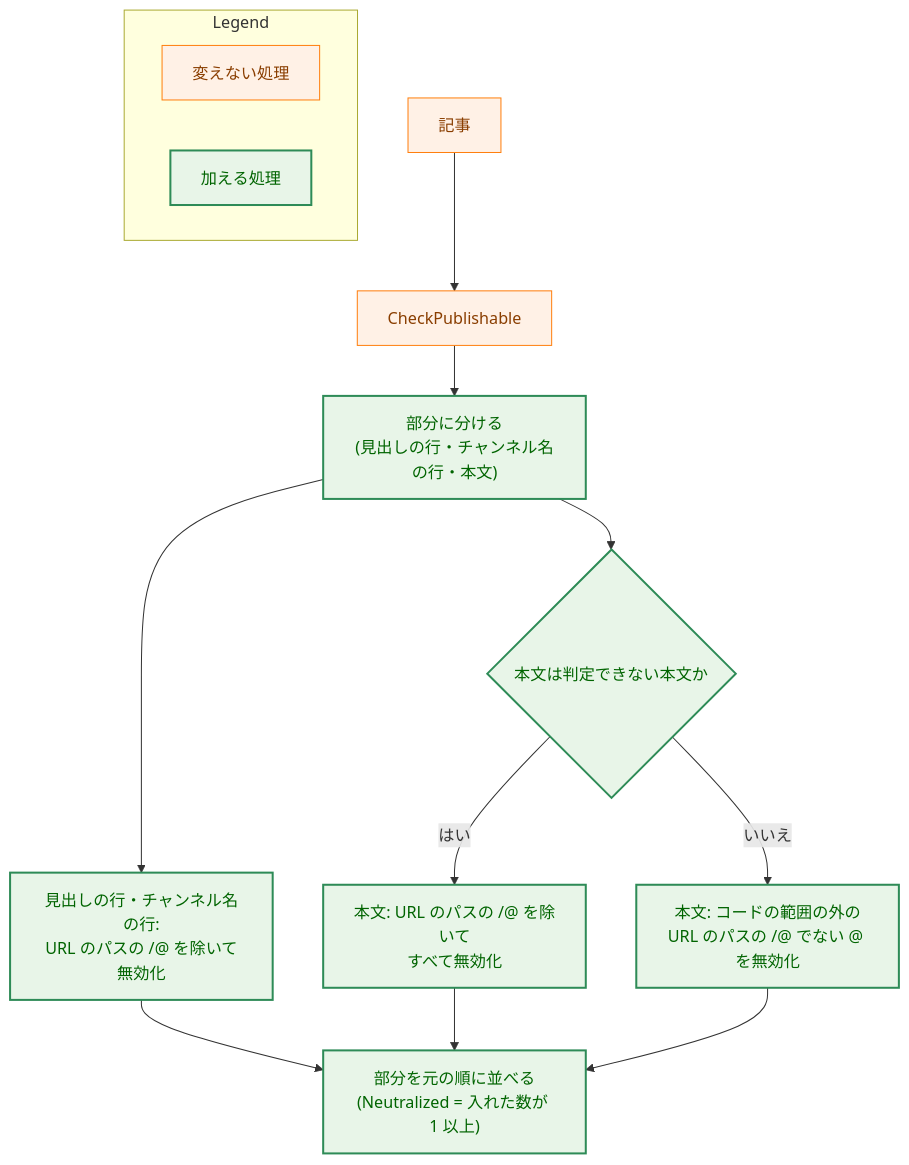
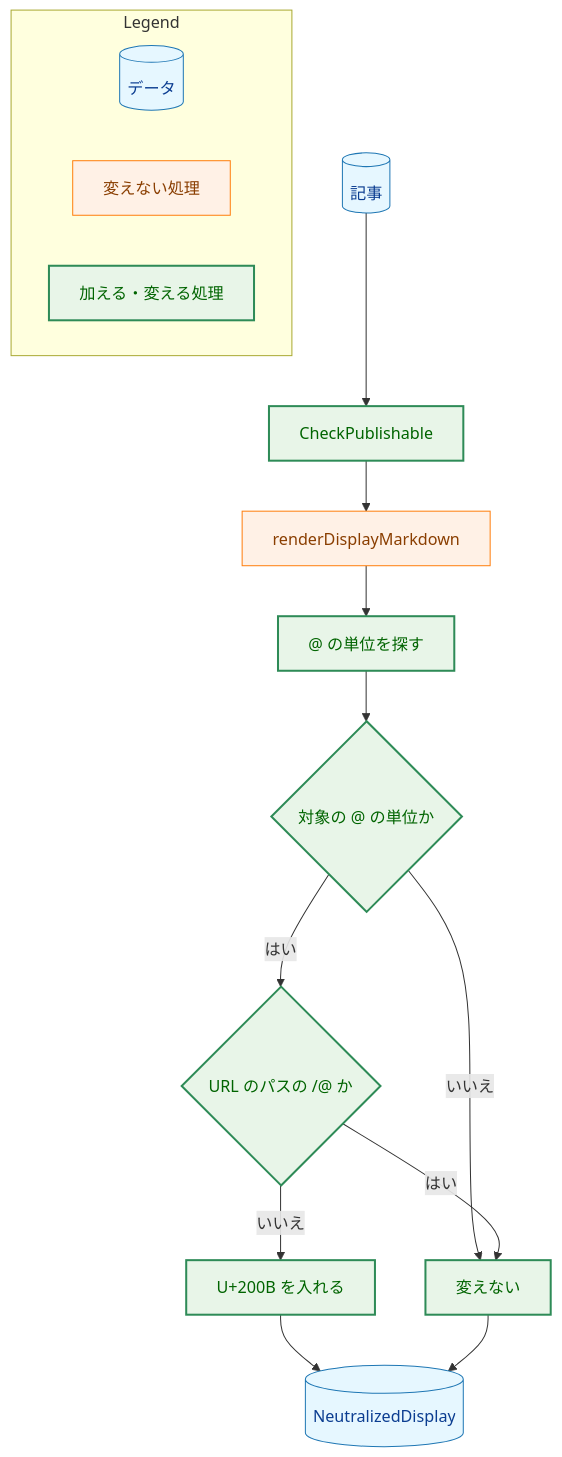
Before and after one commit to isseis/yt2column: the fifth of 6 diagrams in docs/tasks/0083_remove_slack_webhook/02_architecture.md, drawn with Mermaid. The commit also changed other lines of this file and 3 other files, not shown here.

First line of the commit message:
docs(0083): revise the architecture after the engineering and prose reviews

````diff
--- a/docs/tasks/0083_remove_slack_webhook/02_architecture.md
+++ b/docs/tasks/0083_remove_slack_webhook/02_architecture.md
@@ -448,30 +485,37 @@
 ```mermaid
 flowchart TD
+    classDef data fill:#e6f7ff,stroke:#1f77b4,stroke-width:1px,color:#0b3d91;
     classDef process fill:#fff1e6,stroke:#ff7f0e,stroke-width:1px,color:#8a3e00;
     classDef enhanced fill:#e8f5e8,stroke:#2e8b57,stroke-width:2px,color:#006400;
 
-    START["記事"]
+    START[("記事")]
     CHECK["CheckPublishable"]
-    PARTS["部分に分ける<br>(見出しの行・チャンネル名の行・本文)"]
-    JUDGE{"本文は判定できない本文か"}
-    HEAD["見出しの行・チャンネル名の行:<br>URL のパスの /@ を除いて無効化"]
-    BODYALL["本文: URL のパスの /@ を除いて<br>すべて無効化"]
-    BODYPROSE["本文: コードの範囲の外の<br>URL のパスの /@ でない @ を無効化"]
-    JOIN["部分を元の順に並べる<br>(Neutralized = 入れた数が 1 以上)"]
+    RENDER["renderDisplayMarkdown"]
+    UNITS["@ の単位を探す"]
+    TARGET{"対象の @ の単位か"}
+    URLP{"URL のパスの /@ か"}
+    INSERT["U+200B を入れる"]
+    KEEP["変えない"]
+    DONE[("NeutralizedDisplay")]
 
-    START --> CHECK --> PARTS
-    PARTS --> HEAD --> JOIN
-    PARTS --> JUDGE
-    JUDGE -->|"はい"| BODYALL --> JOIN
-    JUDGE -->|"いいえ"| BODYPROSE --> JOIN
+    START --> CHECK --> RENDER --> UNITS --> TARGET
+    TARGET -->|"はい"| URLP
+    TARGET -->|"いいえ"| KEEP
+    URLP -->|"はい"| KEEP
+    URLP -->|"いいえ"| INSERT
+    INSERT --> DONE
+    KEEP --> DONE
 
-    class START,CHECK process
-    class PARTS,JUDGE,HEAD,BODYALL,BODYPROSE,JOIN enhanced
+    class START,DONE data
+    class RENDER process
+    class CHECK,UNITS,TARGET,URLP,INSERT,KEEP enhanced
 
     subgraph Legend["Legend"]
-        L1["変えない処理"]
-        L2["加える処理"]
+        L1[("データ")]
+        L2["変えない処理"]
+        L3["加える・変える処理"]
     end
-    class L1 process
-    class L2 enhanced
+    class L1 data
+    class L2 process
+    class L3 enhanced
 ```
````
